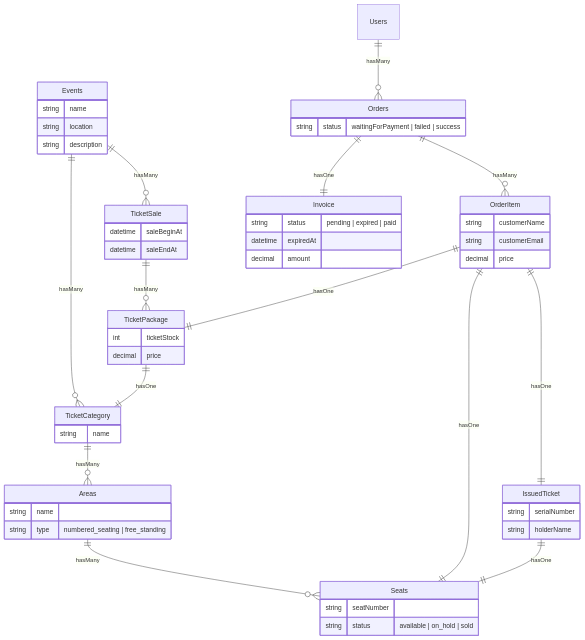
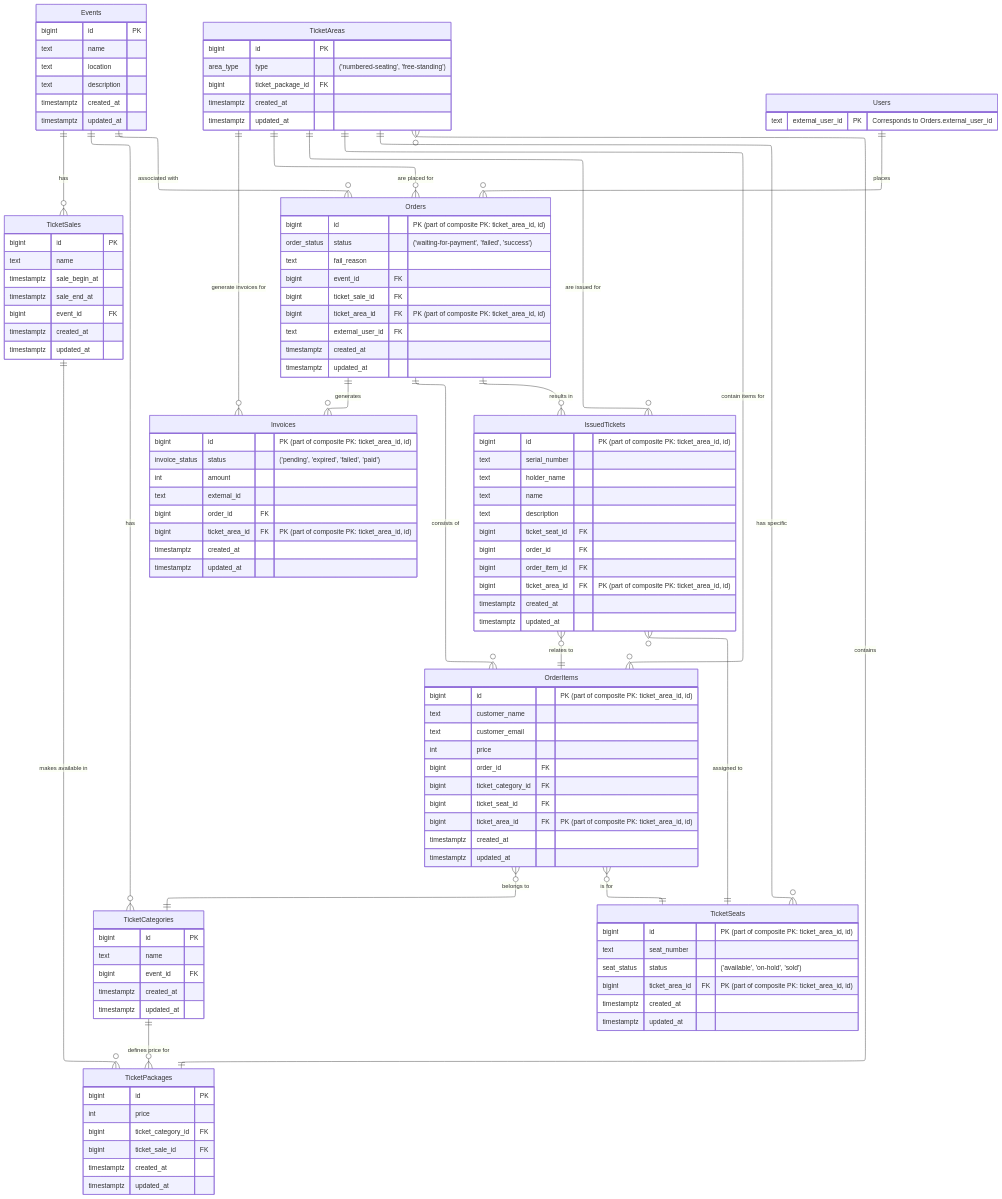
Before and after one commit to akbarmridho/tugas-akhir: the diagram in document/src/resources/appendix/erd.mmd, drawn with Mermaid. The commit also changed 3 other files, not shown here.

Commit message:
update erd mermaid

```diff
--- a/document/src/resources/appendix/erd.mmd
+++ b/document/src/resources/appendix/erd.mmd
@@ -1,67 +1,121 @@
+---
+config:
+  layout: elk
+  theme: default
+---
 erDiagram
-    Events ||--o{ TicketCategory : "hasMany"
-    Events ||--o{ TicketSale : "hasMany"
     Events {
-        string name
-        string location
-        string description
+        bigint id PK
+        text name
+        text location
+        text description
+        timestamptz created_at
+        timestamptz updated_at
     }
-
-    TicketCategory ||--o{ Areas : "hasMany"
-    TicketCategory {
-        string name
+    TicketCategories {
+        bigint id PK
+        text name
+        bigint event_id FK
+        timestamptz created_at
+        timestamptz updated_at
     }
-
-    Areas ||--o{ Seats : "hasMany"
-    Areas {
-        string name
-        string type "numbered_seating | free_standing"
+    TicketSales {
+        bigint id PK
+        text name
+        timestamptz sale_begin_at
+        timestamptz sale_end_at
+        bigint event_id FK
+        timestamptz created_at
+        timestamptz updated_at
     }
-
-    Seats {
-        string seatNumber
-        string status "available | on_hold | sold"
+    TicketPackages {
+        bigint id PK
+        int price
+        bigint ticket_category_id FK
+        bigint ticket_sale_id FK
+        timestamptz created_at
+        timestamptz updated_at
     }
-
-    TicketSale ||--o{ TicketPackage : "hasMany"
-    TicketSale {
-        datetime saleBeginAt
-        datetime saleEndAt
+    TicketAreas {
+        bigint id PK
+        area_type type "('numbered-seating', 'free-standing')"
+        bigint ticket_package_id FK
+        timestamptz created_at
+        timestamptz updated_at
     }
-
-    TicketPackage ||--|| TicketCategory : "hasOne"
-    TicketPackage {
-        int ticketStock
-        decimal price
+    TicketSeats {
+        bigint id "PK (part of composite PK: ticket_area_id, id)"
+        text seat_number
+        seat_status status "('available', 'on-hold', 'sold')"
+        bigint ticket_area_id FK "PK (part of composite PK: ticket_area_id, id)"
+        timestamptz created_at
+        timestamptz updated_at
     }
-
-    Users ||--o{ Orders : "hasMany"
     Users {
+        text external_user_id PK "Corresponds to Orders.external_user_id"
     }
-
-    Orders ||--|| Invoice : "hasOne"
-    Orders ||--o{ OrderItem : "hasMany"
     Orders {
-        string status "waitingForPayment | failed | success"
+        bigint id "PK (part of composite PK: ticket_area_id, id)"
+        order_status status "('waiting-for-payment', 'failed', 'success')"
+        text fail_reason
+        bigint event_id FK
+        bigint ticket_sale_id FK
+        bigint ticket_area_id FK "PK (part of composite PK: ticket_area_id, id)"
+        text external_user_id FK
+        timestamptz created_at
+        timestamptz updated_at
     }
-
-    Invoice {
-        string status "pending | expired | paid"
-        datetime expiredAt
-        decimal amount
+    OrderItems {
+        bigint id "PK (part of composite PK: ticket_area_id, id)"
+        text customer_name
+        text customer_email
+        int price
+        bigint order_id FK
+        bigint ticket_category_id FK
+        bigint ticket_seat_id FK
+        bigint ticket_area_id FK "PK (part of composite PK: ticket_area_id, id)"
+        timestamptz created_at
+        timestamptz updated_at
     }
-
-    OrderItem ||--|| TicketPackage : "hasOne"
-    OrderItem ||--|| Seats : "hasOne"
-    OrderItem ||--|| IssuedTicket : "hasOne"
-    OrderItem {
-        string customerName
-        string customerEmail
-        decimal price
+    Invoices {
+        bigint id "PK (part of composite PK: ticket_area_id, id)"
+        invoice_status status "('pending', 'expired', 'failed', 'paid')"
+        int amount
+        text external_id
+        bigint order_id FK
+        bigint ticket_area_id FK "PK (part of composite PK: ticket_area_id, id)"
+        timestamptz created_at
+        timestamptz updated_at
     }
-
-    IssuedTicket ||--|| Seats : "hasOne"
-    IssuedTicket {
-        string serialNumber
-        string holderName
+    IssuedTickets {
+        bigint id "PK (part of composite PK: ticket_area_id, id)"
+        text serial_number
+        text holder_name
+        text name
+        text description
+        bigint ticket_seat_id FK
+        bigint order_id FK
+        bigint order_item_id FK
+        bigint ticket_area_id FK "PK (part of composite PK: ticket_area_id, id)"
+        timestamptz created_at
+        timestamptz updated_at
     }
+    Events ||--o{ TicketCategories : "has"
+    Events ||--o{ TicketSales : "has"
+    Events ||--o{ Orders : "associated with"
+    TicketCategories ||--o{ TicketPackages : "defines price for"
+    TicketSales ||--o{ TicketPackages : "makes available in"
+    TicketPackages ||--o{ TicketAreas : "contains"
+    TicketAreas ||--o{ TicketSeats : "has specific"
+    TicketAreas ||--o{ Orders : "are placed for"
+    TicketAreas ||--o{ OrderItems : "contain items for"
+    TicketAreas ||--o{ Invoices : "generate invoices for"
+    TicketAreas ||--o{ IssuedTickets : "are issued for"
+    Users ||--o{ Orders : "places"
+    Orders ||--o{ OrderItems : "consists of"
+    Orders ||--o{ Invoices : "generates"
+    Orders ||--o{ IssuedTickets : "results in"
+    OrderItems }o--|| TicketCategories : "belongs to"
+    OrderItems }o--|| TicketSeats : "is for"
+    IssuedTickets }o--|| OrderItems : "relates to"
+    IssuedTickets }o--|| TicketSeats : "assigned to"
```
